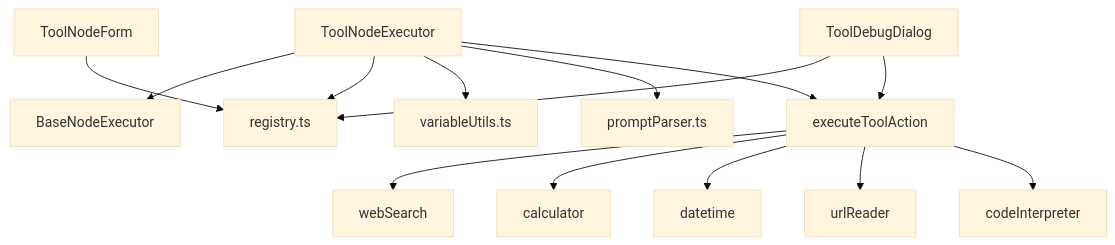
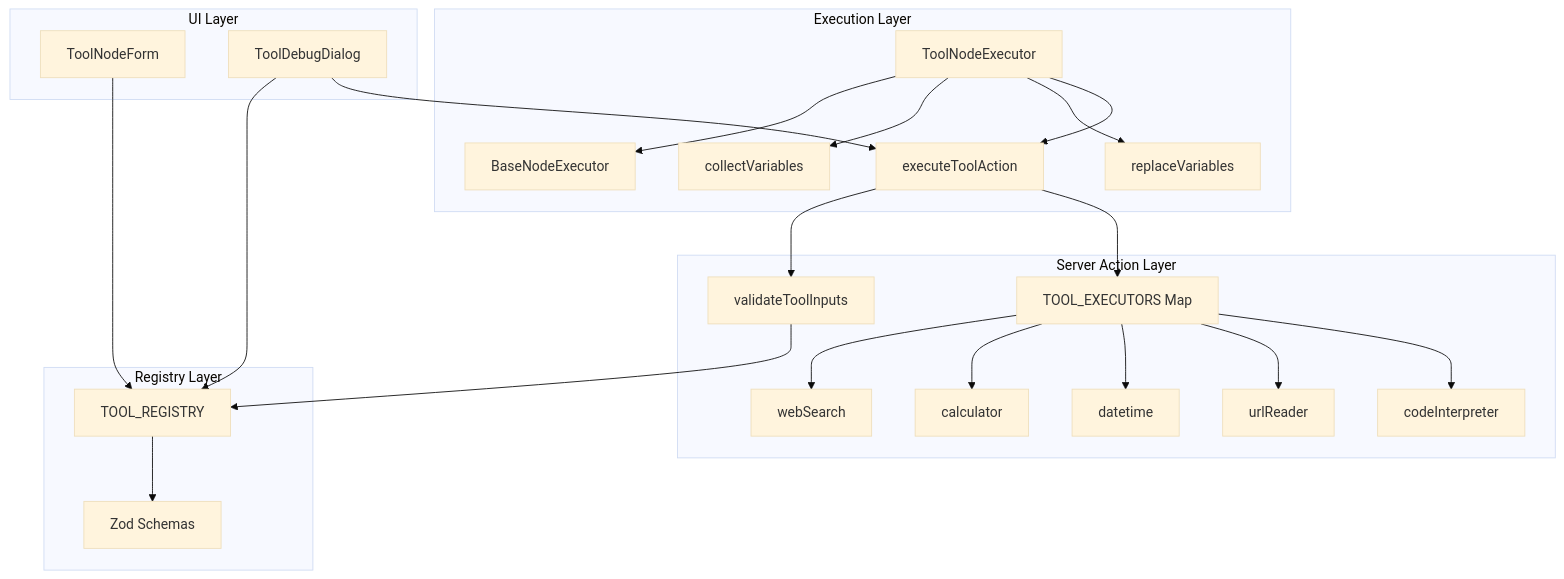
One commit to JasperLin2333/Flash-Flow changed the third of 3 diagrams in docs/design/tool节点详情.md. Above: the diagram before and after it, drawn with Mermaid (base theme). The commit also changed other lines of this file and 226 other files, not shown here.

````diff
--- a/docs/design/tool节点详情.md
+++ b/docs/design/tool节点详情.md
@@ -278,16 +512,30 @@
 ```mermaid
 graph TD
-    A[ToolNodeExecutor] --> B[BaseNodeExecutor]
-    A --> C[registry.ts]
-    A --> D[variableUtils.ts]
-    A --> E[promptParser.ts]
-    A --> F[executeToolAction]
-    F --> G[webSearch]
-    F --> H[calculator]
-    F --> I[datetime]
-    F --> J[urlReader]
-    F --> K[codeInterpreter]
-    UI[ToolDebugDialog] --> C
-    UI --> F
-    Form[ToolNodeForm] --> C
+    subgraph "Execution Layer"
+        A[ToolNodeExecutor] --> B[BaseNodeExecutor]
+        A --> C[collectVariables]
+        A --> D[replaceVariables]
+        A --> E[executeToolAction]
+    end
+    
+    subgraph "Server Action Layer"
+        E --> F[validateToolInputs]
+        E --> G[TOOL_EXECUTORS Map]
+        G --> H[webSearch]
+        G --> I[calculator]
+        G --> J[datetime]
+        G --> K[urlReader]
+        G --> L[codeInterpreter]
+    end
+    
+    subgraph "Registry Layer"
+        F --> M[TOOL_REGISTRY]
+        M --> N[Zod Schemas]
+    end
+    
+    subgraph "UI Layer"
+        O[ToolNodeForm] --> M
+        P[ToolDebugDialog] --> M
+        P --> E
+    end
 ```
````
